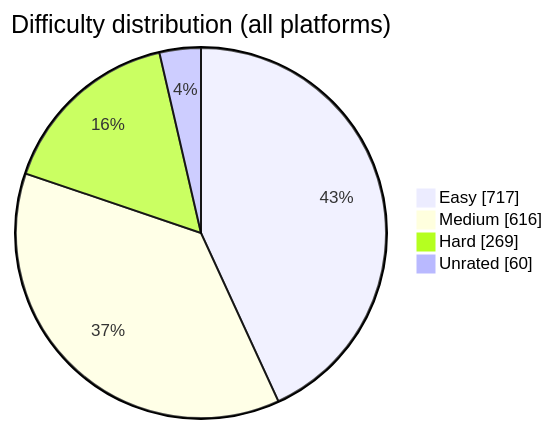
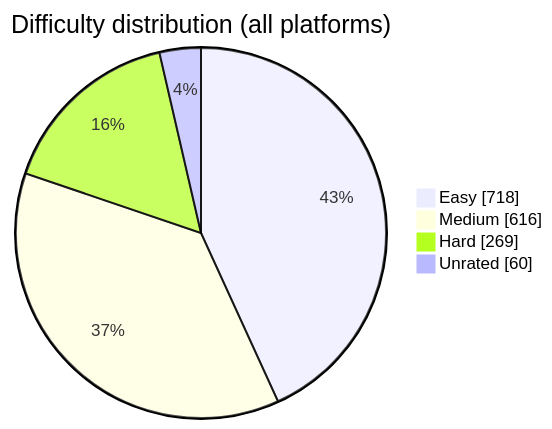
The diagram in README.md (BuildbyArindam/Daily-Coding-Log), drawn with Mermaid before and after one commit. The commit also changed other lines of this file, not shown here.

````diff
--- a/README.md
+++ b/README.md
@@ -93,7 +93,7 @@
 ```mermaid
 pie showData title Difficulty distribution (all platforms)
-    "Easy" : 717
+    "Easy" : 718
     "Medium" : 616
     "Hard" : 269
     "Unrated" : 60
 ```
````
